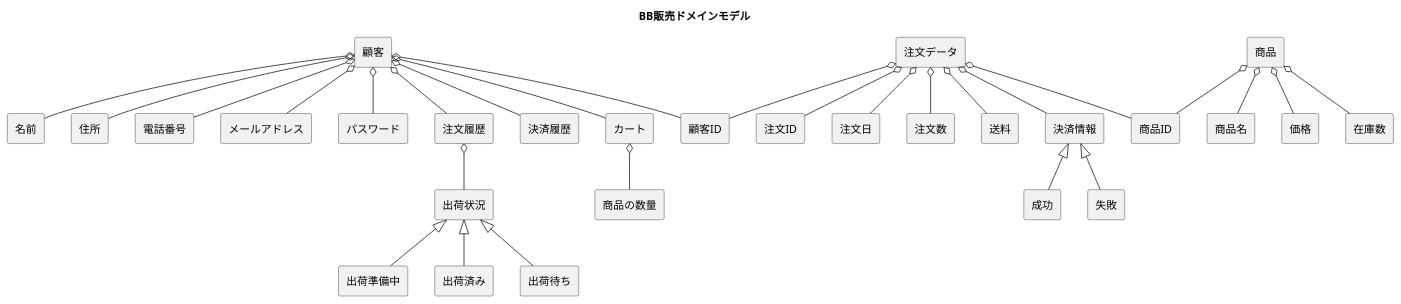
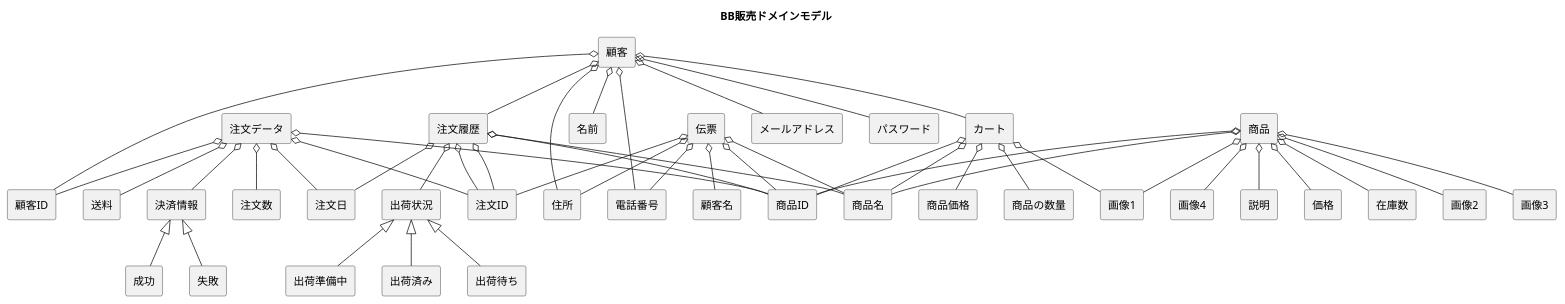
One commit to FujikawaHirono0520/group3_1_dogdog changed the diagram in BB/domain.pu. Above: the diagram before and after it, drawn with PlantUML.

```diff
--- a/BB/domain.pu
+++ b/BB/domain.pu
@@ -1,41 +1,62 @@
 @startuml
 
 title BB販売ドメインモデル
 skinparam componentStyle rectangle
 [顧客] o-- [顧客ID]
 [顧客] o-- [名前]
 [顧客] o-- [住所]
 [顧客] o-- [電話番号]
 [顧客] o-- [メールアドレス]
 [顧客] o-- [パスワード]
 [顧客] o-- [注文履歴]
-[顧客] o-- [決済履歴]
 [顧客] o-- [カート]
 
+[注文履歴] o-- [注文ID]
+[注文履歴] o-- [注文日]
+[注文履歴] o-- [商品ID]
+[注文履歴] o-- [商品名]
+[注文履歴] o-- [注文ID]
 [注文履歴] o-- [出荷状況]
 
 [出荷状況] <|-- [出荷準備中]
 [出荷状況] <|-- [出荷済み]
 [出荷状況] <|-- [出荷待ち]
 
 
+[カート] o-- [商品ID]
+[カート] o-- [商品名]
+[カート] o-- [商品価格]
+' 画像は商品に設定された画像1
+[カート] o-- [画像1]
 [カート] o-- [商品の数量]
 
 [注文データ] o-- [注文ID]
 [注文データ] o-- [顧客ID]
 [注文データ] o-- [商品ID]
 [注文データ] o-- [注文日]
 [注文データ] o-- [注文数]
 [注文データ] o-- [送料]
 [注文データ] o-- [決済情報]
 
+[伝票] o-- [注文ID]
+[伝票] o-- [商品ID]
+[伝票] o-- [商品名]
+[伝票] o-- [顧客名]
+[伝票] o-- [住所]
+[伝票] o-- [電話番号]
 
 [決済情報] <|-- [成功]
 [決済情報] <|-- [失敗]
 
 [商品] o-- [商品ID]
 [商品] o-- [商品名]
+[商品] o-- [説明]
 [商品] o-- [価格]
 [商品] o-- [在庫数]
+' 画像1はNOT NULL
+[商品] o-- [画像1]
+[商品] o-- [画像2]
+[商品] o-- [画像3]
+[商品] o-- [画像4]
 
 @enduml
```
